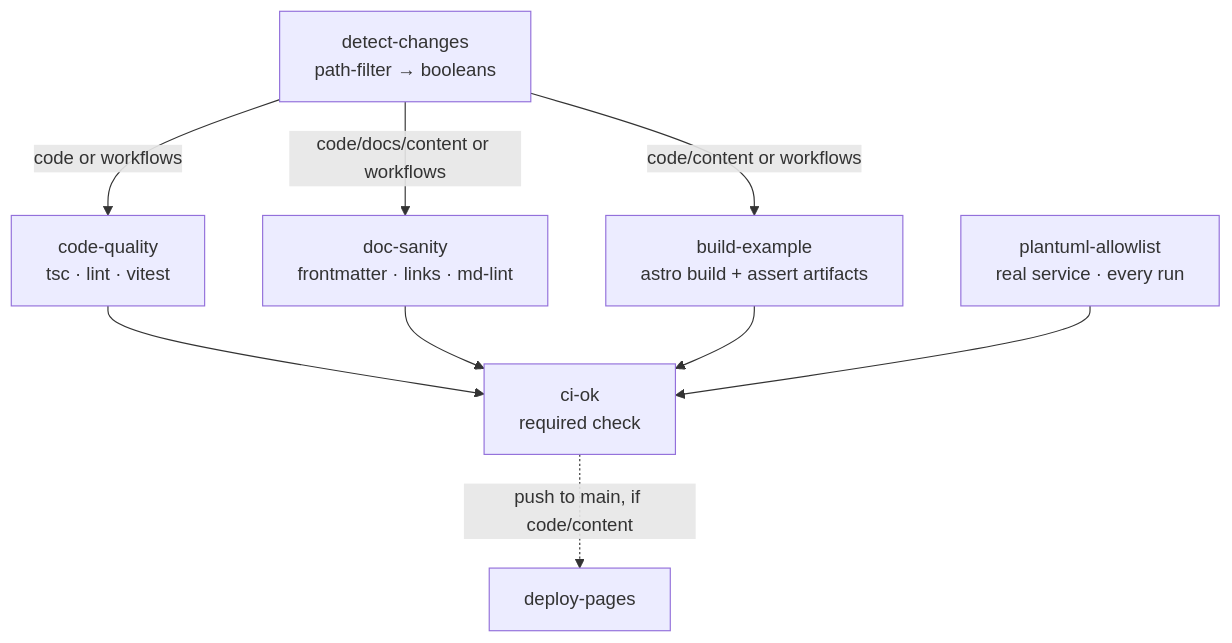
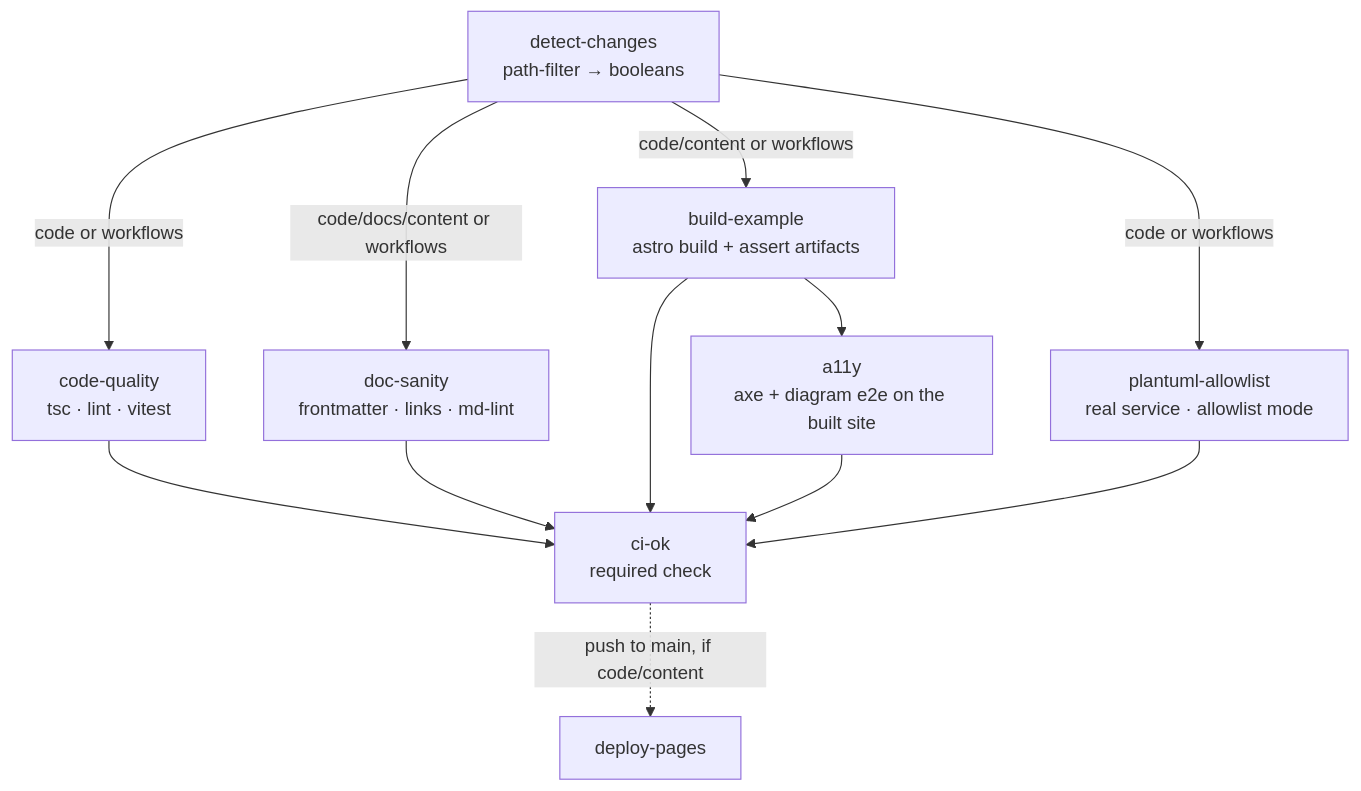
The diagram in docs/architecture/ci-cd-pipeline.md (spec-kitty/doc-kitty), drawn with Mermaid before and after one commit. The commit also changed other lines of this file and 1 other file, not shown here.

First line of the commit message:
docs(landing): describe the plantuml-allowlist lane as path-scoped (#268)

````diff
--- a/docs/architecture/ci-cd-pipeline.md
+++ b/docs/architecture/ci-cd-pipeline.md
@@ -98,12 +99,15 @@
 ```mermaid
 flowchart TD
   DC[detect-changes<br/>path-filter → booleans]
   DC -->|code or workflows| CQ[code-quality<br/>tsc · lint · vitest]
   DC -->|code/docs/content or workflows| DS[doc-sanity<br/>frontmatter · links · md-lint]
   DC -->|code/content or workflows| BE[build-example<br/>astro build + assert artifacts]
   CQ --> OK[ci-ok<br/>required check]
   DS --> OK
   BE --> OK
-  PA[plantuml-allowlist<br/>real service · every run] --> OK
+  DC -->|code or workflows| PA[plantuml-allowlist<br/>real service · allowlist mode]
+  BE --> A11[a11y<br/>axe + diagram e2e on the built site]
+  A11 --> OK
+  PA --> OK
   OK -.->|push to main, if code/content| DEP[deploy-pages]
 ```
````
